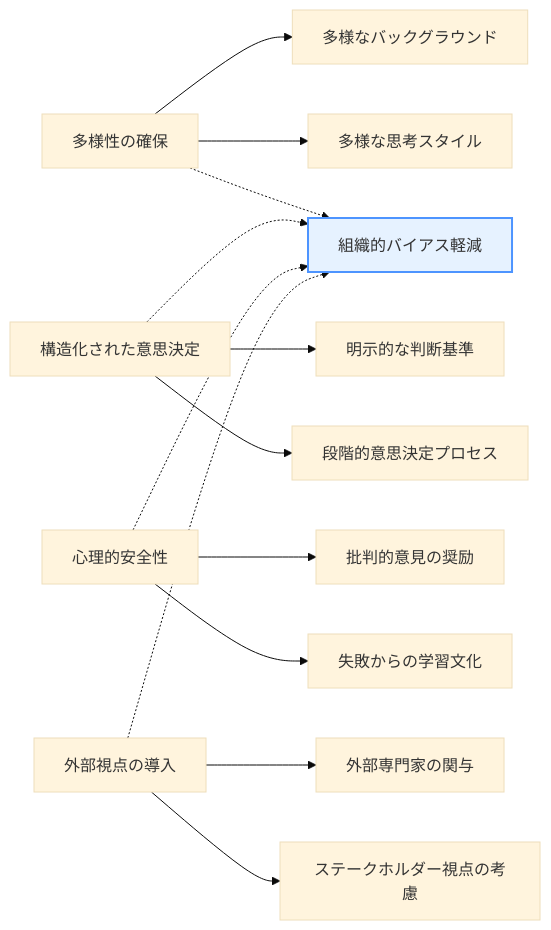
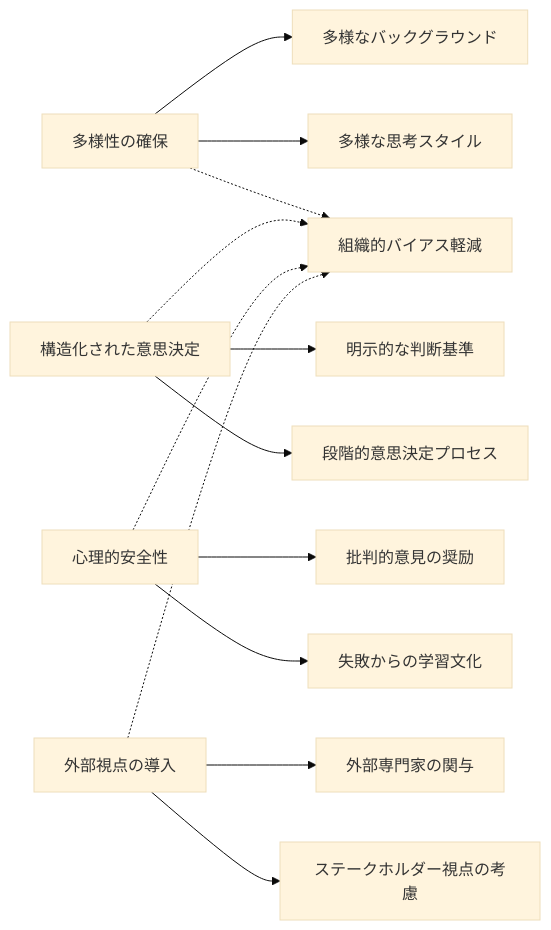
One commit to shuji-bonji/Situational-Awareness-and-Decision-Making changed the fourth of 4 diagrams in docs/decision-making-guide/cognitive-biases.md. Above: the diagram before and after it, drawn with Mermaid (base theme). The commit also changed other lines of this file and 49 other files, not shown here.

Commit message:
fix: ダークモードで見づらい図の色の変更

````diff
--- a/docs/decision-making-guide/cognitive-biases.md
+++ b/docs/decision-making-guide/cognitive-biases.md
@@ -225,21 +225,21 @@
     ```mermaid
     graph LR
         A[多様性の確保] --> A1[多様なバックグラウンド]
         A --> A2[多様な思考スタイル]
         
         B[構造化された意思決定] --> B1[明示的な判断基準]
         B --> B2[段階的意思決定プロセス]
         
         C[心理的安全性] --> C1[批判的意見の奨励]
         C --> C2[失敗からの学習文化]
         
         D[外部視点の導入] --> D1[外部専門家の関与]
         D --> D2[ステークホルダー視点の考慮]
         
         A -.-> E[組織的バイアス軽減]
         B -.-> E
         C -.-> E
         D -.-> E
         
-        style E fill:#e6f2ff,stroke:#4d94ff,stroke-width:2px
+    
     ```
````
